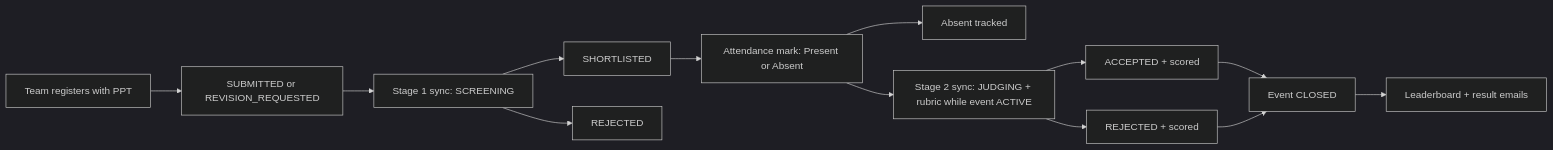
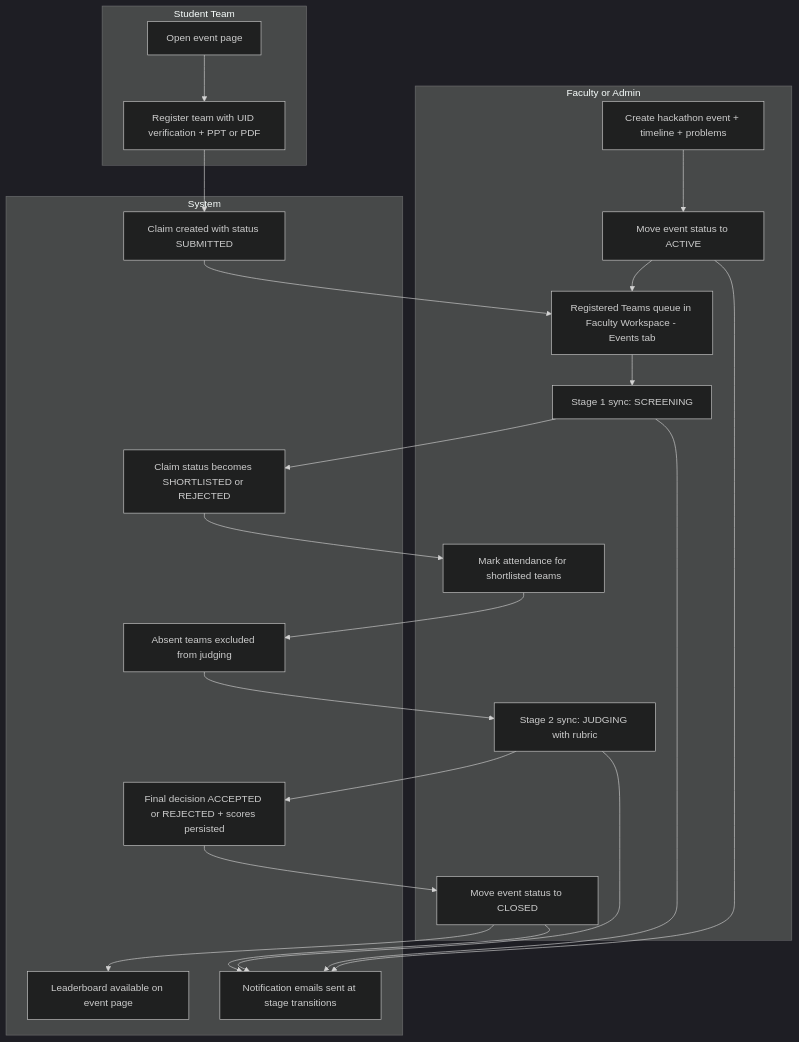
One commit to Newer1107/CoE-Main changed the third of 9 diagrams in README.md. Above: the diagram before and after it, drawn with Mermaid (dark theme). The commit also changed other lines of this file and 1 other file, not shown here.

Commit message:
feat: replace "Register for Access" link with button to switch to student registration mode

````diff
--- a/README.md
+++ b/README.md
@@ -128,15 +128,44 @@
 ```mermaid
-flowchart LR
-  REG[Team registers with PPT] --> SUB[SUBMITTED or REVISION_REQUESTED]
-  SUB --> SCR[Stage 1 sync: SCREENING]
-  SCR --> SHORT[SHORTLISTED]
-  SCR --> R1[REJECTED]
-  SHORT --> ATT[Attendance mark: Present or Absent]
-  ATT --> ABS[Absent tracked]
-  ATT --> FIN[Stage 2 sync: JUDGING + rubric while event ACTIVE]
-  FIN --> ACC[ACCEPTED + scored]
-  FIN --> R2[REJECTED + scored]
-  ACC --> CLS[Event CLOSED]
-  R2 --> CLS
-  CLS --> LB[Leaderboard + result emails]
+flowchart TD
+  subgraph FAC[Faculty or Admin]
+    HC1[Create hackathon event + timeline + problems]
+    HC2[Move event status to ACTIVE]
+    HC3[Registered Teams queue in Faculty Workspace - Events tab]
+    HC4[Stage 1 sync: SCREENING]
+    HC5[Mark attendance for shortlisted teams]
+    HC6[Stage 2 sync: JUDGING with rubric]
+    HC7[Move event status to CLOSED]
+  end
+
+  subgraph STU[Student Team]
+    HS1[Open event page]
+    HS2[Register team with UID verification + PPT or PDF]
+  end
+
+  subgraph SYS[System]
+    HY1[Claim created with status SUBMITTED]
+    HY2[Claim status becomes SHORTLISTED or REJECTED]
+    HY3[Absent teams excluded from judging]
+    HY4[Final decision ACCEPTED or REJECTED + scores persisted]
+    HY5[Leaderboard available on event page]
+    HY6[Notification emails sent at stage transitions]
+  end
+
+  HC1 --> HC2
+  HS1 --> HS2
+  HS2 --> HY1
+  HC2 --> HC3
+  HY1 --> HC3
+  HC3 --> HC4
+  HC4 --> HY2
+  HY2 --> HC5
+  HC5 --> HY3
+  HY3 --> HC6
+  HC6 --> HY4
+  HY4 --> HC7
+  HC7 --> HY5
+  HC2 --> HY6
+  HC4 --> HY6
+  HC6 --> HY6
+  HC7 --> HY6
 ```
````
